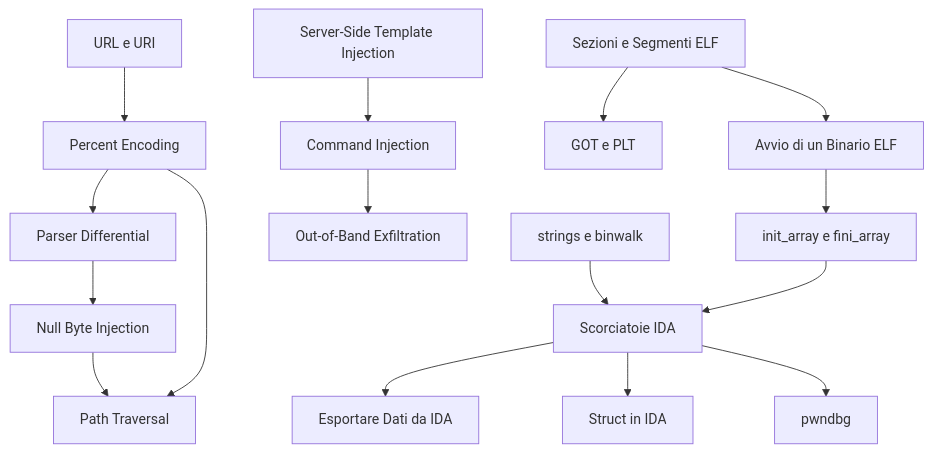
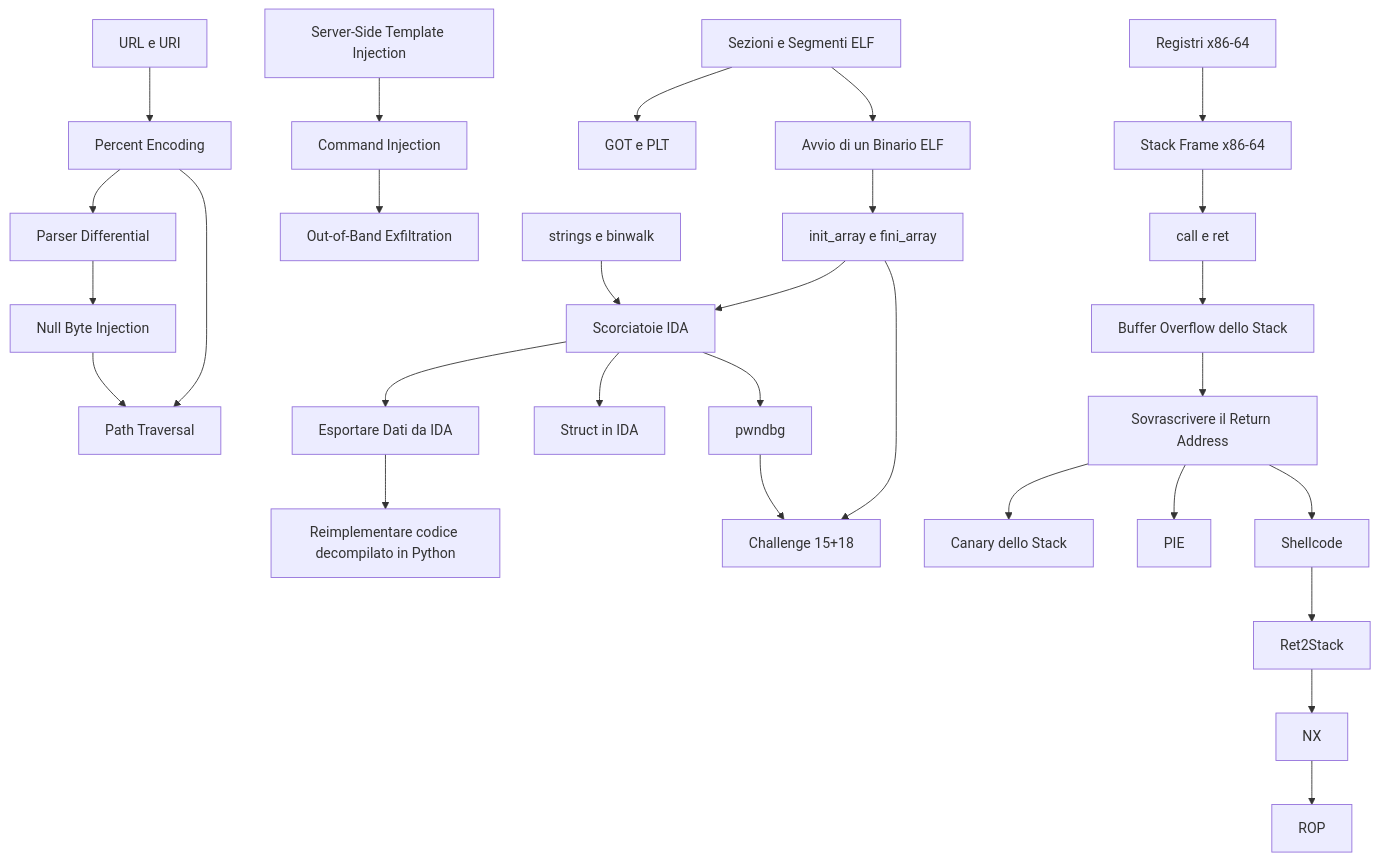
Before and after one commit to Armidon1/Obsidian-University: the diagram in University/Extra/CyberBootCamp/Concetti/MOC - CyberBootCamp.md, drawn with Mermaid. The commit also changed other lines of this file and 205 other files, not shown here.

Commit message:
update: note CyberBootCamp (Assembly, Binary Exploitation 1-2, concetti pwn/ROP/canary, esercizi e challenge)

````diff
--- a/University/Extra/CyberBootCamp/Concetti/MOC - CyberBootCamp.md
+++ b/University/Extra/CyberBootCamp/Concetti/MOC - CyberBootCamp.md
@@ -40,18 +62,31 @@
 ```mermaid
 flowchart TD
     URL[URL e URI] --> PE[Percent Encoding]
     PE --> PD[Parser Differential]
     PD --> NB[Null Byte Injection]
     PE --> PT[Path Traversal]
     NB --> PT
     SSTI[Server-Side Template Injection] --> CI[Command Injection]
     CI --> OOB[Out-of-Band Exfiltration]
     ELF[Sezioni e Segmenti ELF] --> GOT[GOT e PLT]
     ELF --> AV[Avvio di un Binario ELF]
     AV --> INIT[init_array e fini_array]
     SB[strings e binwalk] --> IDA[Scorciatoie IDA]
     IDA --> EX[Esportare Dati da IDA]
     IDA --> ST[Struct in IDA]
     INIT --> IDA
     IDA --> PWN[pwndbg]
+    EX --> PY[Reimplementare codice decompilato in Python]
+    INIT --> CH[Challenge 15+18]
+    PWN --> CH
+    ASM[Registri x86-64] --> STK[Stack Frame x86-64]
+    STK --> CR[call e ret]
+    CR --> BOF[Buffer Overflow dello Stack]
+    BOF --> RET[Sovrascrivere il Return Address]
+    RET --> CAN[Canary dello Stack]
+    RET --> PIEn[PIE]
+    RET --> SC[Shellcode]
+    SC --> R2S[Ret2Stack]
+    R2S --> NX[NX]
+    NX --> ROPn[ROP]
 ```
````
